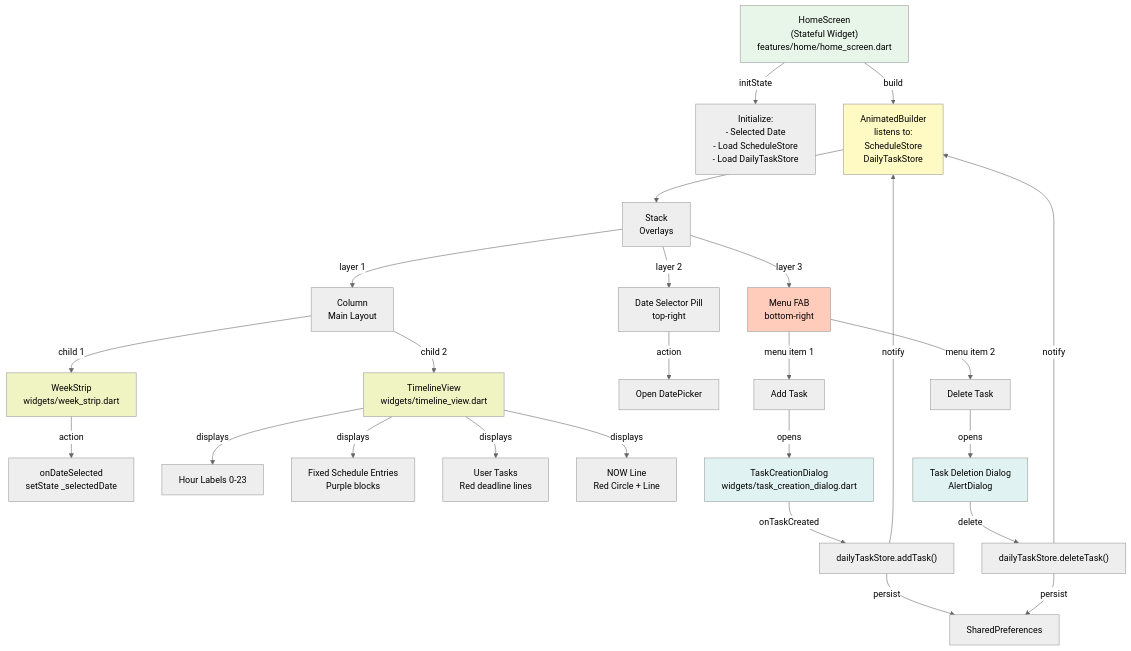
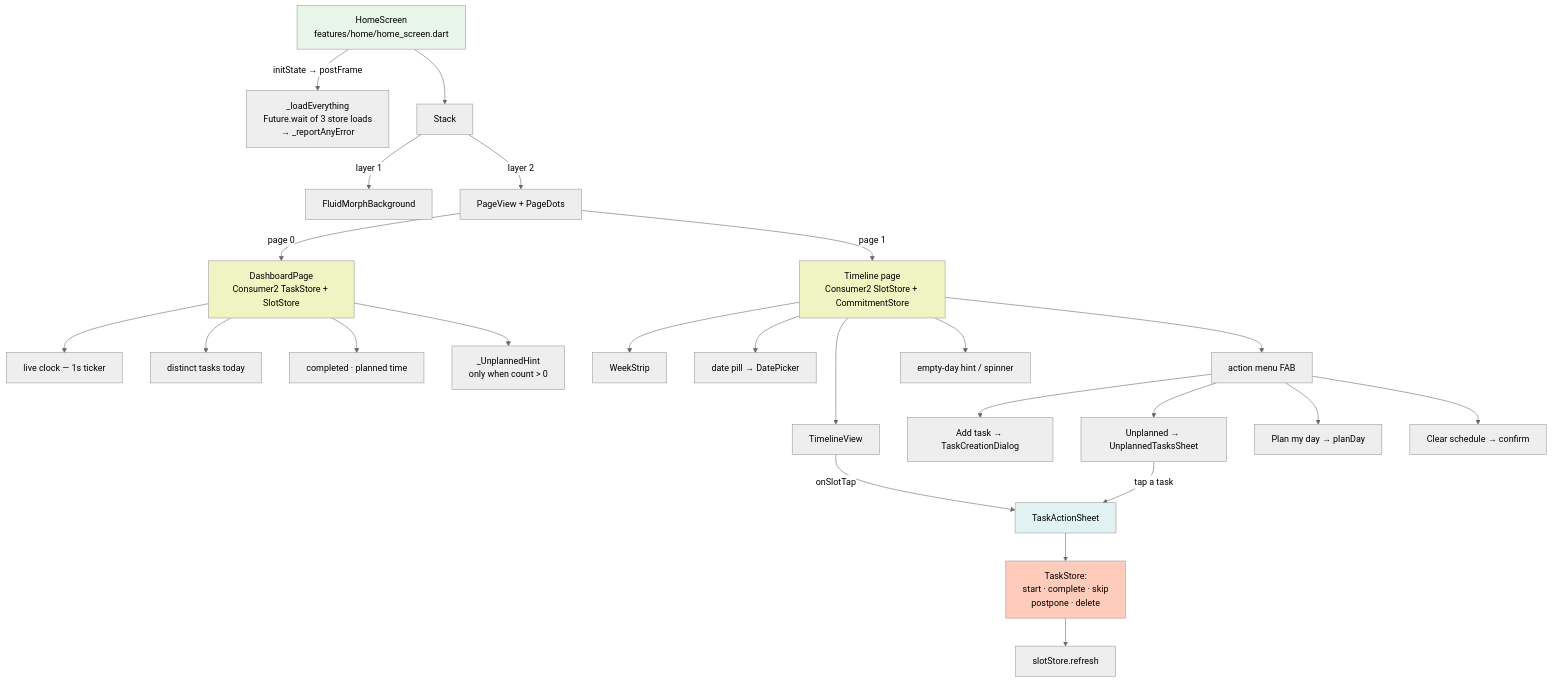
Before and after one commit to Spathneja21/SAARTHI: the fourth of 11 diagrams in SAARTHI V1.3.0/app files/docs/ARCHITECTURE_DIAGRAMS.md, drawn with Mermaid (neutral theme). The commit also changed other lines of this file and 26 other files, not shown here.

````diff
--- a/SAARTHI V1.3.0/app files/docs/ARCHITECTURE_DIAGRAMS.md
+++ b/SAARTHI V1.3.0/app files/docs/ARCHITECTURE_DIAGRAMS.md
@@ -101,49 +183,41 @@
 ```mermaid
 graph TB
-    HS["HomeScreen<br/>(Stateful Widget)<br/>features/home/home_screen.dart"]
-    
-    HS -->|initState| INIT["Initialize:<br/>- Selected Date<br/>- Load ScheduleStore<br/>- Load DailyTaskStore"]
-    
-    HS -->|build| AB["AnimatedBuilder<br/>listens to:<br/>ScheduleStore<br/>DailyTaskStore"]
-    
-    AB --> STACK["Stack<br/>Overlays"]
-    
-    STACK -->|layer 1| COL["Column<br/>Main Layout"]
-    STACK -->|layer 2| DATE_PILL["Date Selector Pill<br/>top-right"]
-    STACK -->|layer 3| FAB["Menu FAB<br/>bottom-right"]
-    
-    COL -->|child 1| WEEK["WeekStrip<br/>widgets/week_strip.dart"]
-    COL -->|child 2| TL["TimelineView<br/>widgets/timeline_view.dart"]
-    
-    WEEK -->|action| WEEK_ACTION["onDateSelected<br/>setState _selectedDate"]
-    
-    TL -->|displays| TL1["Hour Labels 0-23"]
-    TL -->|displays| TL2["Fixed Schedule Entries<br/>Purple blocks"]
-    TL -->|displays| TL3["User Tasks<br/>Red deadline lines"]
-    TL -->|displays| TL4["NOW Line<br/>Red Circle + Line"]
-    
-    DATE_PILL -->|action| DATE_ACTION["Open DatePicker"]
-    
-    FAB -->|menu item 1| FAB1["Add Task"]
-    FAB -->|menu item 2| FAB2["Delete Task"]
-    
-    FAB1 -->|opens| MODAL1["TaskCreationDialog<br/>widgets/task_creation_dialog.dart"]
-    FAB2 -->|opens| MODAL2["Task Deletion Dialog<br/>AlertDialog"]
-    
-    MODAL1 -->|onTaskCreated| ACTION1["dailyTaskStore.addTask()"]
-    MODAL2 -->|delete| ACTION2["dailyTaskStore.deleteTask()"]
-    
-    ACTION1 -->|persist| SP1["SharedPreferences"]
-    ACTION2 -->|persist| SP1
-    
-    ACTION1 -->|notify| AB
-    ACTION2 -->|notify| AB
-    
+    HS["HomeScreen<br/>features/home/home_screen.dart"]
+
+    HS -->|"initState → postFrame"| INIT["_loadEverything<br/>Future.wait of 3 store loads<br/>→ _reportAnyError"]
+
+    HS --> STACK["Stack"]
+    STACK -->|"layer 1"| BG["FluidMorphBackground"]
+    STACK -->|"layer 2"| PV["PageView + PageDots"]
+
+    PV -->|"page 0"| DASH["DashboardPage<br/>Consumer2 TaskStore + SlotStore"]
+    PV -->|"page 1"| TLP["Timeline page<br/>Consumer2 SlotStore + CommitmentStore"]
+
+    DASH --> D1["live clock — 1s ticker"]
+    DASH --> D2["distinct tasks today"]
+    DASH --> D3["completed · planned time"]
+    DASH --> D4["_UnplannedHint<br/>only when count > 0"]
+
+    TLP --> T1["TimelineView"]
+    TLP --> T2["WeekStrip"]
+    TLP --> T3["date pill → DatePicker"]
+    TLP --> T4["action menu FAB"]
+    TLP --> T5["empty-day hint / spinner"]
+
+    T4 --> M1["Add task → TaskCreationDialog"]
+    T4 --> M2["Unplanned → UnplannedTasksSheet"]
+    T4 --> M3["Plan my day → planDay"]
+    T4 --> M4["Clear schedule → confirm"]
+
+    T1 -->|"onSlotTap"| AS["TaskActionSheet"]
+    M2 -->|"tap a task"| AS
+
+    AS --> ACT["TaskStore:<br/>start · complete · skip<br/>postpone · delete"]
+    ACT --> REF["slotStore.refresh"]
+
     style HS fill:#e8f5e9
-    style AB fill:#fff9c4
-    style WEEK fill:#f0f4c3
-    style TL fill:#f0f4c3
-    style FAB fill:#ffccbc
-    style MODAL1 fill:#e0f2f1
-    style MODAL2 fill:#e0f2f1
+    style DASH fill:#f0f4c3
+    style TLP fill:#f0f4c3
+    style AS fill:#e0f2f1
+    style ACT fill:#ffccbc
 ```
````
